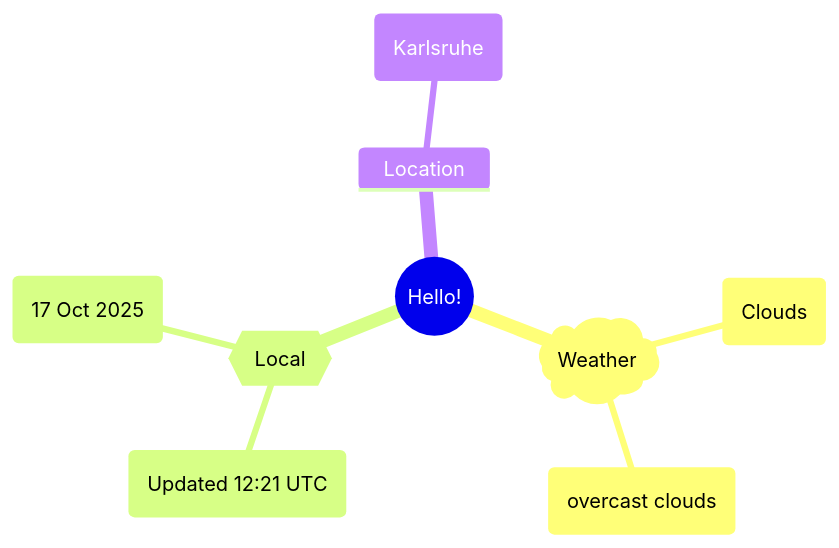
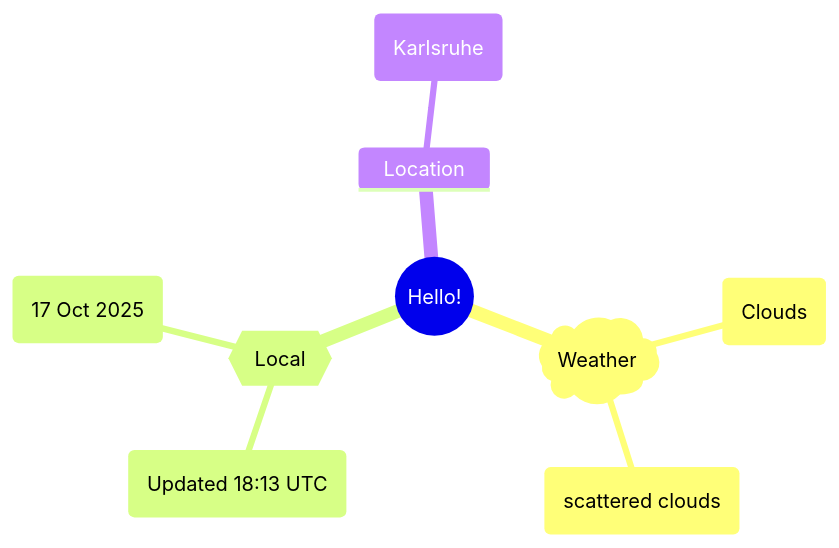
Before and after one commit to Xosrov/Xosrov: the first of 2 diagrams in README.md, drawn with Mermaid.

Commit message:
[bot] updated images

````diff
--- a/README.md
+++ b/README.md
@@ -3,12 +3,12 @@
 ```mermaid
 mindmap
   root((Hello!))
     )Weather(
         (Clouds)
-        (overcast clouds)
+        (scattered clouds)
     {{Local}}
-        (Updated 12:21 UTC)
+        (Updated 18:13 UTC)
         (17 Oct 2025)
     Location
         (Karlsruhe)
 ```
````
